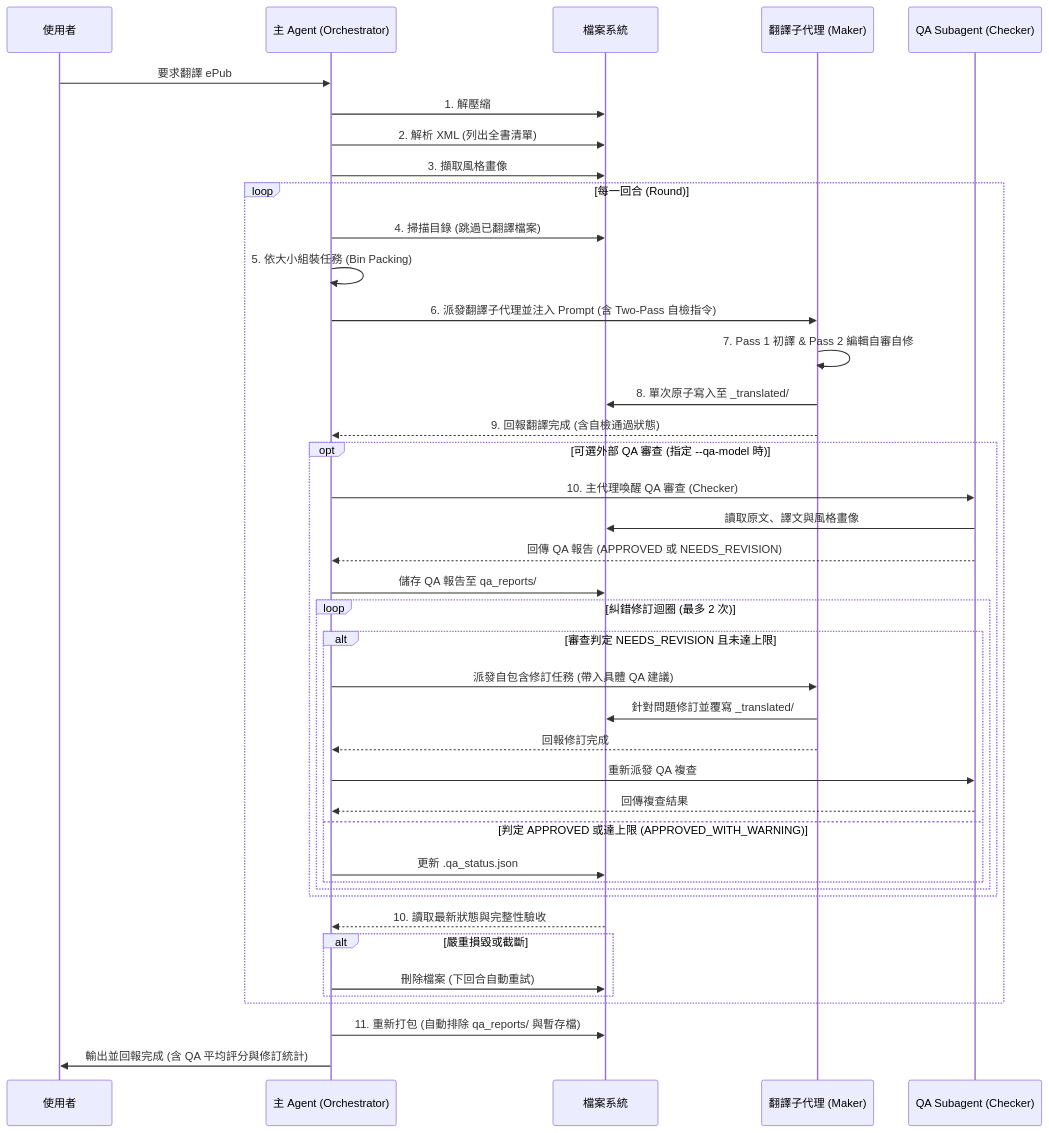
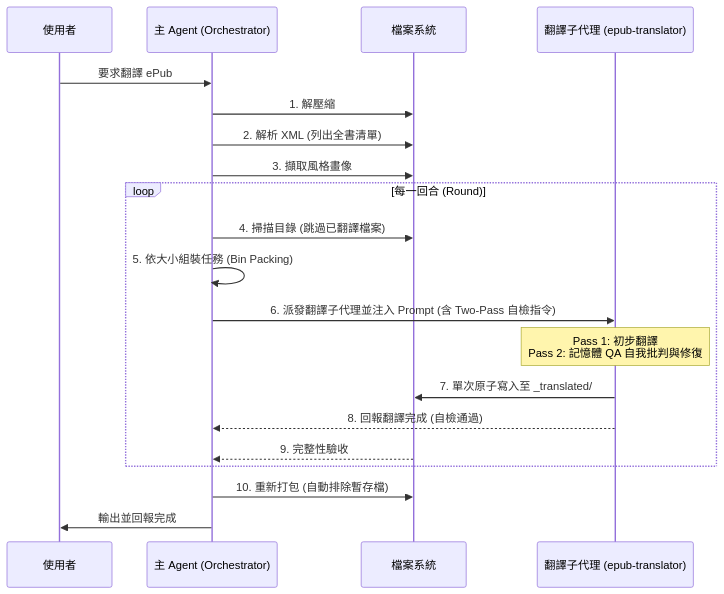
Before and after one commit to dlhdb/epub-translate-agy-skill: the second of 2 diagrams in .agents/skills/awesome-epub-translator/docs/TECHNICAL_DETAILS.md, drawn with Mermaid. The commit also changed other lines of this file and 5 other files, not shown here.

Commit message:
docs: align documentation and diagrams with pure single-subagent architecture

````diff
--- a/.agents/skills/awesome-epub-translator/docs/TECHNICAL_DETAILS.md
+++ b/.agents/skills/awesome-epub-translator/docs/TECHNICAL_DETAILS.md
@@ -54,49 +47,25 @@
 ```mermaid
 sequenceDiagram
     participant U as 使用者
     participant M as 主 Agent (Orchestrator)
     participant F as 檔案系統
-    participant S as 翻譯子代理 (Maker)
-    participant Q as QA Subagent (Checker)
+    participant S as 翻譯子代理 (epub-translator)
     
     U->>M: 要求翻譯 ePub
     M->>F: 1. 解壓縮
     M->>F: 2. 解析 XML (列出全書清單)
     M->>F: 3. 擷取風格畫像
     
     loop 每一回合 (Round)
         M->>F: 4. 掃描目錄 (跳過已翻譯檔案)
         M->>M: 5. 依大小組裝任務 (Bin Packing)
         M->>S: 6. 派發翻譯子代理並注入 Prompt (含 Two-Pass 自檢指令)
-        S->>S: 7. Pass 1 初譯 & Pass 2 編輯自審自修
-        S->>F: 8. 單次原子寫入至 _translated/
-        S-->>M: 9. 回報翻譯完成 (含自檢通過狀態)
-        
-        opt 可選外部 QA 審查 (指定 --qa-model 時)
-            M->>Q: 10. 主代理喚醒 QA 審查 (Checker)
-            Q->>F: 讀取原文、譯文與風格畫像
-            Q-->>M: 回傳 QA 報告 (APPROVED 或 NEEDS_REVISION)
-            M->>F: 儲存 QA 報告至 qa_reports/
-            
-            loop 糾錯修訂迴圈 (最多 2 次)
-                alt 審查判定 NEEDS_REVISION 且未達上限
-                    M->>S: 派發自包含修訂任務 (帶入具體 QA 建議)
-                    S->>F: 針對問題修訂並覆寫 _translated/
-                    S-->>M: 回報修訂完成
-                    M->>Q: 重新派發 QA 複查
-                    Q-->>M: 回傳複查結果
-                else 判定 APPROVED 或達上限 (APPROVED_WITH_WARNING)
-                    M->>F: 更新 .qa_status.json
-                end
-            end
-        end
-        
-        F-->>M: 10. 讀取最新狀態與完整性驗收
-        alt 嚴重損毀或截斷
-            M->>F: 刪除檔案 (下回合自動重試)
-        end
+        Note over S: Pass 1: 初步翻譯<br/>Pass 2: 記憶體 QA 自我批判與修復
+        S->>F: 7. 單次原子寫入至 _translated/
+        S-->>M: 8. 回報翻譯完成 (自檢通過)
+        F-->>M: 9. 完整性驗收
     end
     
-    M->>F: 11. 重新打包 (自動排除 qa_reports/ 與暫存檔)
-    M->>U: 輸出並回報完成 (含 QA 平均評分與修訂統計)
+    M->>F: 10. 重新打包 (自動排除暫存檔)
+    M->>U: 輸出並回報完成
 ```
````
